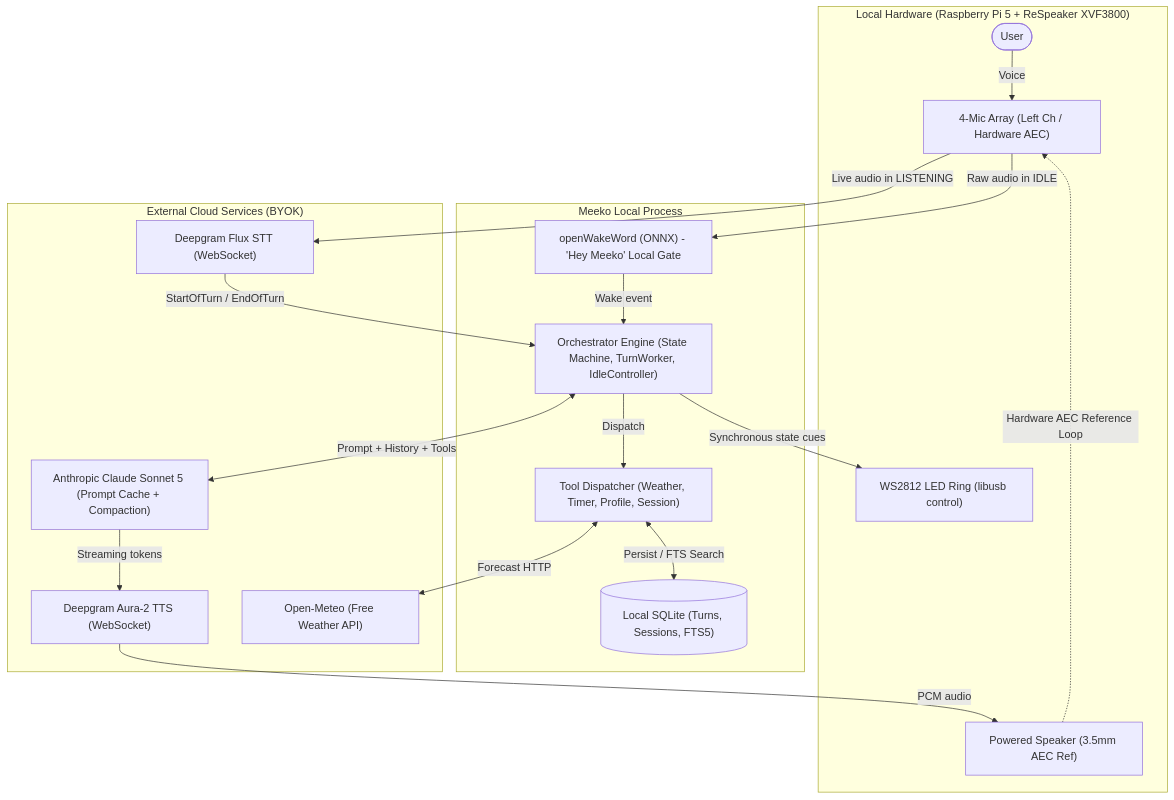
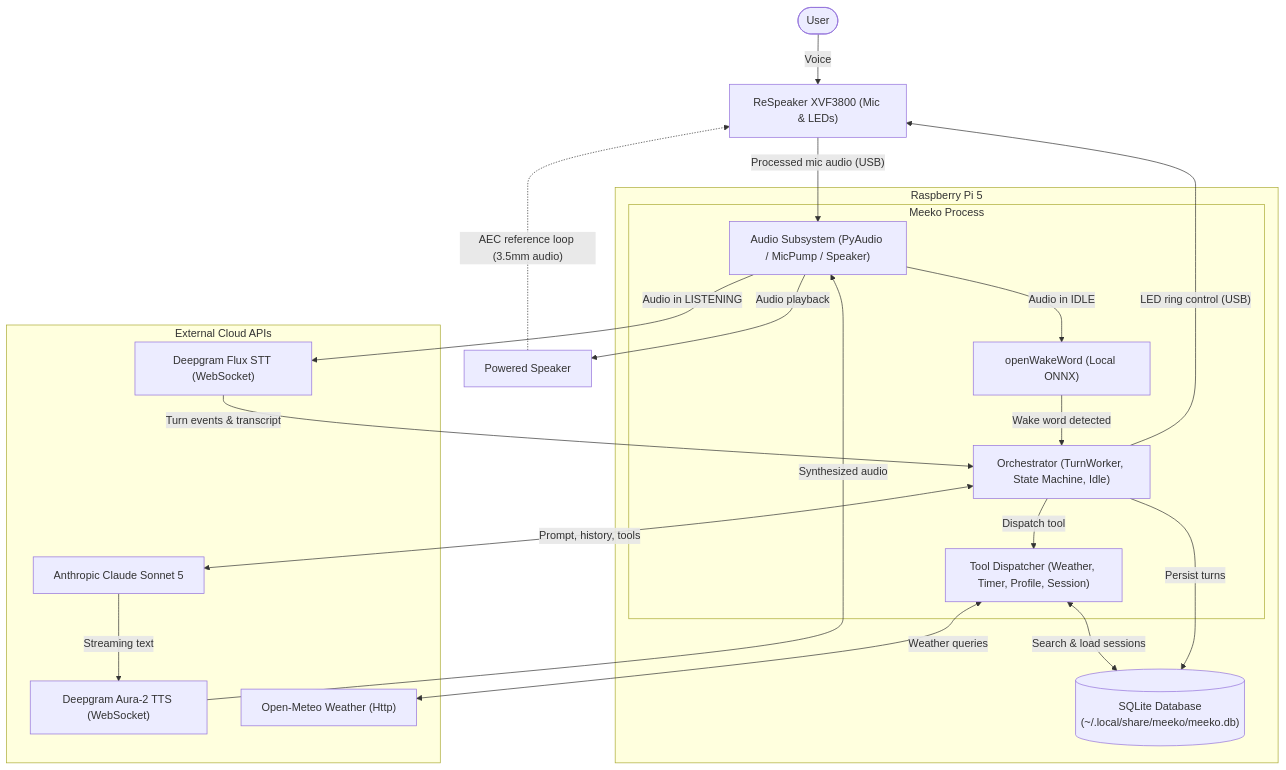
The first of 3 diagrams in docs/architecture.md (rculbertson/meeko), drawn with Mermaid before and after one commit.

Commit message:
docs: refine architecture diagram topology and edge labels

````diff
--- a/docs/architecture.md
+++ b/docs/architecture.md
@@ -21,37 +21,48 @@
 ```mermaid
 flowchart TD
-    subgraph Hardware["Local Hardware (Raspberry Pi 5 + ReSpeaker XVF3800)"]
-        User(["User"])
-        Mic["4-Mic Array (Left Ch / Hardware AEC)"]
-        Speaker["Powered Speaker (3.5mm AEC Ref)"]
-        LEDs["WS2812 LED Ring (libusb control)"]
+    User(["User"])
+
+    Mic["ReSpeaker XVF3800 (Mic & LEDs)"]
+    Speaker["Powered Speaker"]
+
+    subgraph Pi["Raspberry Pi 5"]
+        subgraph Meeko["Meeko Process"]
+            AudioIO["Audio Subsystem (PyAudio / MicPump / Speaker)"]
+            WakeWord["openWakeWord (Local ONNX)"]
+            Orchestrator["Orchestrator (TurnWorker, State Machine, Idle)"]
+            Tools["Tool Dispatcher (Weather, Timer, Profile, Session)"]
+        end
+        DB[("SQLite Database\n(~/.local/share/meeko/meeko.db)")]
     end
 
-    subgraph Appliance["Meeko Local Process"]
-        WakeGate["openWakeWord (ONNX) - 'Hey Meeko' Local Gate"]
-        Orchestrator["Orchestrator Engine (State Machine, TurnWorker, IdleController)"]
-        DB[("Local SQLite (Turns, Sessions, FTS5)")]
-        Tools["Tool Dispatcher (Weather, Timer, Profile, Session)"]
+    subgraph Cloud["External Cloud APIs"]
+        DeepgramSTT["Deepgram Flux STT (WebSocket)"]
+        DeepgramTTS["Deepgram Aura-2 TTS (WebSocket)"]
+        Claude["Anthropic Claude Sonnet 5"]
+        OpenMeteo["Open-Meteo Weather (Http)"]
     end
 
-    subgraph Cloud["External Cloud Services (BYOK)"]
-        DeepgramSTT["Deepgram Flux STT (WebSocket)"]
-        DeepgramTTS["Deepgram Aura-2 TTS (WebSocket)"]
-        Claude["Anthropic Claude Sonnet 5 (Prompt Cache + Compaction)"]
-        OpenMeteo["Open-Meteo (Free Weather API)"]
-    end
+    %% Audio input path
+    User -->|Voice| Mic
+    Mic -->|"Processed mic audio (USB)"| AudioIO
+    AudioIO -->|Audio in IDLE| WakeWord
+    WakeWord -->|Wake word detected| Orchestrator
+    AudioIO -->|Audio in LISTENING| DeepgramSTT
+    DeepgramSTT -->|Turn events & transcript| Orchestrator
 
-    User -->|Voice| Mic
-    Mic -->|Raw audio in IDLE| WakeGate
-    WakeGate -->|Wake event| Orchestrator
-    Mic -->|Live audio in LISTENING| DeepgramSTT
-    DeepgramSTT -->|StartOfTurn / EndOfTurn| Orchestrator
-    Orchestrator <-->|Prompt + History + Tools| Claude
-    Orchestrator -->|Dispatch| Tools
-    Tools <-->|Forecast HTTP| OpenMeteo
-    Tools <-->|Persist / FTS Search| DB
-    Claude -->|Streaming tokens| DeepgramTTS
-    DeepgramTTS -->|PCM audio| Speaker
-    Orchestrator -->|Synchronous state cues| LEDs
-    Speaker -.->|Hardware AEC Reference Loop| Mic
+    %% Reasoning and tools
+    Orchestrator <-->|Prompt, history, tools| Claude
+    Orchestrator -->|Dispatch tool| Tools
+    Tools <-->|Weather queries| OpenMeteo
+    Tools <-->|Search & load sessions| DB
+    Orchestrator -->|Persist turns| DB
+
+    %% Audio output and AEC
+    Claude -->|Streaming text| DeepgramTTS
+    DeepgramTTS -->|Synthesized audio| AudioIO
+    AudioIO -->|Audio playback| Speaker
+    Speaker -.->|"AEC reference loop (3.5mm audio)"| Mic
+
+    %% Visual state cues
+    Orchestrator -->|"LED ring control (USB)"| Mic
 ```
````
